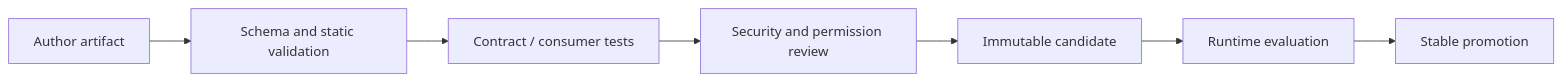
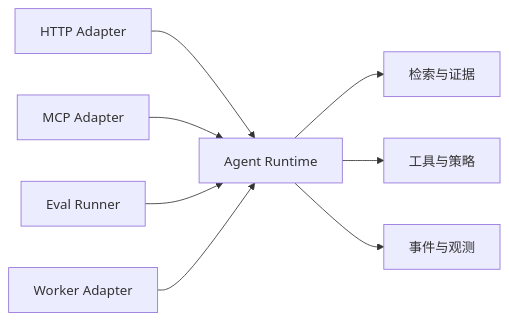
One commit to upJiang/jiang-blog-vitepress changed the diagram in docs/architecture/modular-platform.md. Above: the diagram before and after it, drawn with Mermaid. The commit also changed other lines of this file and 164 other files, not shown here.

````diff
--- a/docs/architecture/modular-platform.md
+++ b/docs/architecture/modular-platform.md
@@ -63,9 +24,10 @@
 ```mermaid
 flowchart LR
-  A[Author artifact] --> V[Schema and static validation]
-  V --> T[Contract / consumer tests]
-  T --> S[Security and permission review]
-  S --> C[Immutable candidate]
-  C --> E[Runtime evaluation]
-  E --> P[Stable promotion]
+  H[HTTP Adapter] --> R[Agent Runtime]
+  M[MCP Adapter] --> R
+  E[Eval Runner] --> R
+  W[Worker Adapter] --> R
+  R --> K[检索与证据]
+  R --> T[工具与策略]
+  R --> O[事件与观测]
 ```
````
